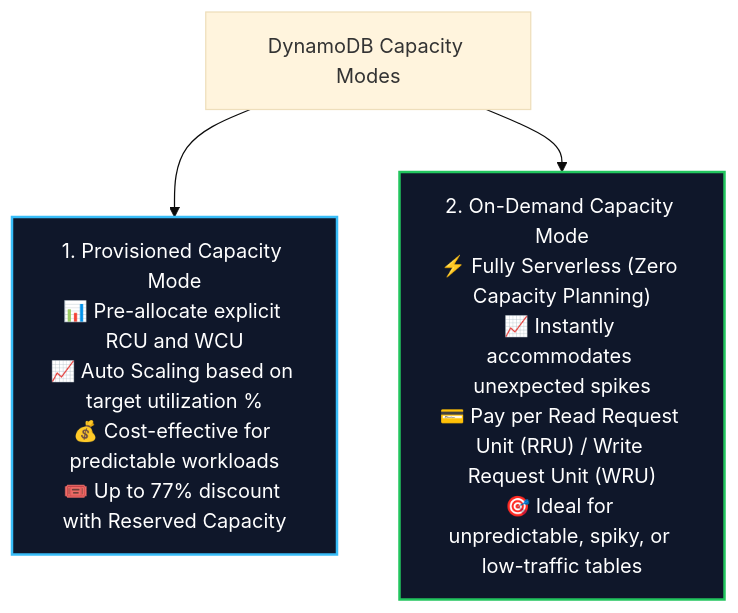
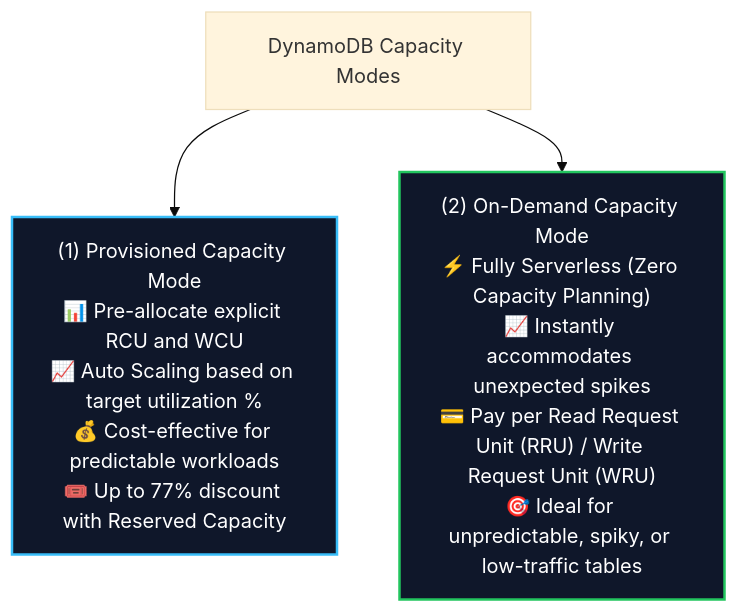
One commit to Wathon/aws-dea-c01-note changed the fourth of 7 diagrams in content/02-services/database/dynamodb.md. Above: the diagram before and after it, drawn with Mermaid (base theme). The commit also changed other lines of this file and 19 other files, not shown here.

Commit message:
fix(mermaid): resolve 'Unsupported markdown: list' rendering issues across all diagram node and edge labels

````diff
--- a/content/02-services/database/dynamodb.md
+++ b/content/02-services/database/dynamodb.md
@@ -203,11 +203,11 @@
 ```mermaid
 graph TD
-    CapMode["DynamoDB Capacity Modes"] --> Prov["1. Provisioned Capacity Mode<br/>📊 Pre-allocate explicit RCU and WCU<br/>📈 Auto Scaling based on target utilization %<br/>💰 Cost-effective for predictable workloads<br/>🎟️ Up to 77% discount with Reserved Capacity"]
-    CapMode --> OnDem["2. On-Demand Capacity Mode<br/>⚡ Fully Serverless (Zero Capacity Planning)<br/>📈 Instantly accommodates unexpected spikes<br/>💳 Pay per Read Request Unit (RRU) / Write Request Unit (WRU)<br/>🎯 Ideal for unpredictable, spiky, or low-traffic tables"]
+    CapMode["DynamoDB Capacity Modes"] --> Prov["(1) Provisioned Capacity Mode<br/>📊 Pre-allocate explicit RCU and WCU<br/>📈 Auto Scaling based on target utilization %<br/>💰 Cost-effective for predictable workloads<br/>🎟️ Up to 77% discount with Reserved Capacity"]
+    CapMode --> OnDem["(2) On-Demand Capacity Mode<br/>⚡ Fully Serverless (Zero Capacity Planning)<br/>📈 Instantly accommodates unexpected spikes<br/>💳 Pay per Read Request Unit (RRU) / Write Request Unit (WRU)<br/>🎯 Ideal for unpredictable, spiky, or low-traffic tables"]
 
     classDef prov fill:#0f172a,stroke:#38bdf8,stroke-width:2px,color:#fff;
     classDef ondem fill:#0f172a,stroke:#22c55e,stroke-width:2px,color:#fff;
 
     class Prov prov;
     class OnDem ondem;
 ```
````
